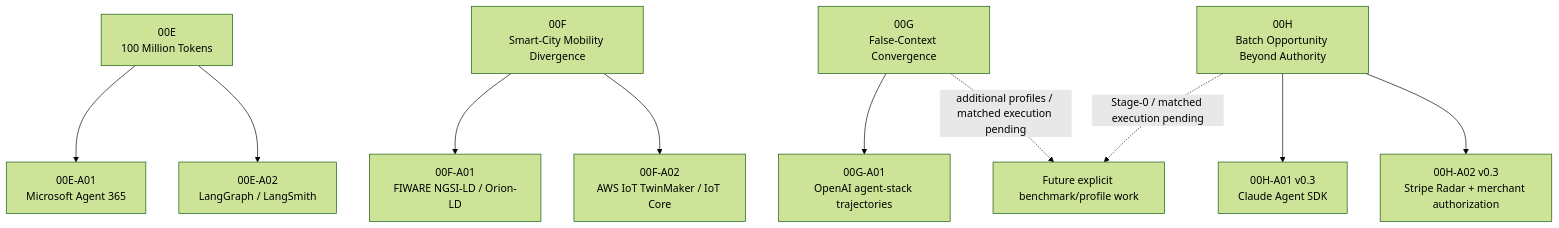
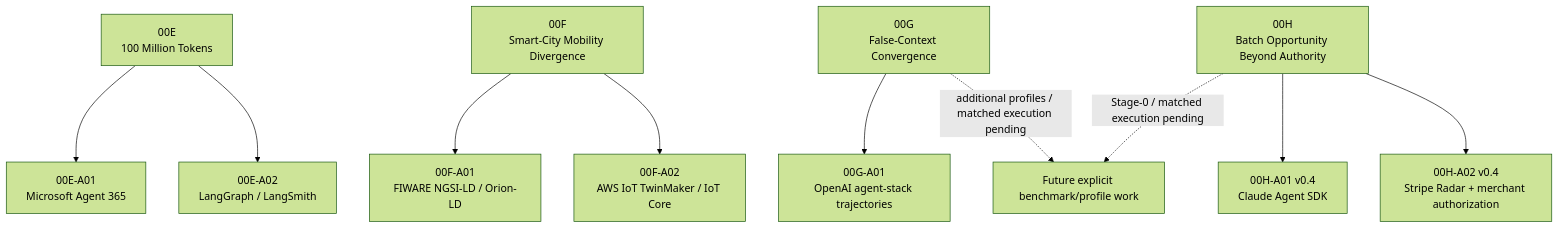
The fifth of 9 diagrams in research/ecosystem-awareness/VISUAL_GUIDE.md (dakleyer/structural-awareness-contributions), drawn with Mermaid (forest theme) before and after one commit. The commit also changed other lines of this file, not shown here.

````diff
--- a/research/ecosystem-awareness/VISUAL_GUIDE.md
+++ b/research/ecosystem-awareness/VISUAL_GUIDE.md
@@ -150,25 +150,25 @@
 ```mermaid
 flowchart TB
     E["00E<br/>100 Million Tokens"]
     F["00F<br/>Smart-City Mobility Divergence"]
     G["00G<br/>False-Context Convergence"]
     H00["00H<br/>Batch Opportunity Beyond Authority"]
     M["00E-A01<br/>Microsoft Agent 365"]
     L["00E-A02<br/>LangGraph / LangSmith"]
     FW["00F-A01<br/>FIWARE NGSI-LD / Orion-LD"]
     AWS["00F-A02<br/>AWS IoT TwinMaker / IoT Core"]
     OAI["00G-A01<br/>OpenAI agent-stack trajectories"]
-    CLAUDE["00H-A01 v0.3<br/>Claude Agent SDK"]
-    STRIPE["00H-A02 v0.3<br/>Stripe Radar + merchant authorization"]
+    CLAUDE["00H-A01 v0.4<br/>Claude Agent SDK"]
+    STRIPE["00H-A02 v0.4<br/>Stripe Radar + merchant authorization"]
     FUT["Future explicit benchmark/profile work"]
 
     E --> M
     E --> L
     F --> FW
     F --> AWS
     G --> OAI
     H00 --> CLAUDE
     H00 --> STRIPE
     G -. "additional profiles / matched execution pending" .-> FUT
     H00 -. "Stage-0 / matched execution pending" .-> FUT
 ```
````
